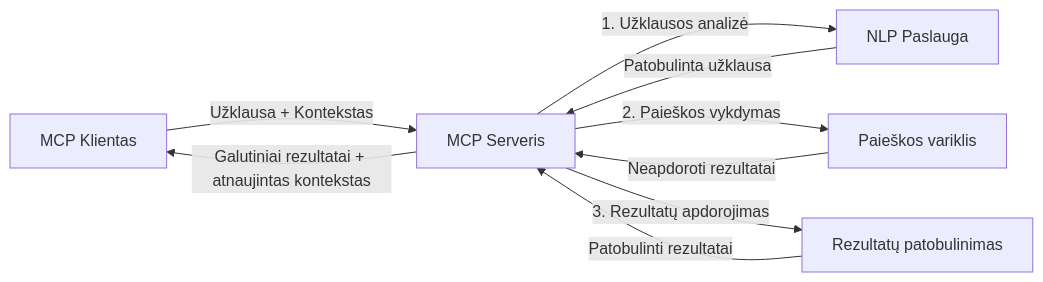
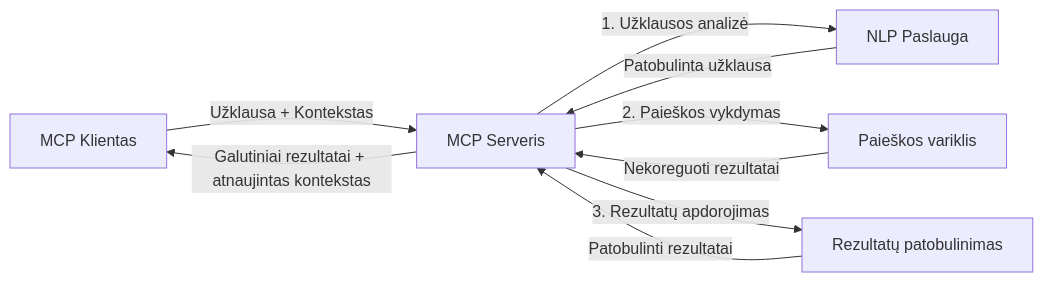
The fourth of 4 diagrams in translations/lt/05-AdvancedTopics/mcp-realtimesearch/README.md (microsoft/mcp-for-beginners), drawn with Mermaid before and after one commit. The commit also changed other lines of this file and 132 other files, not shown here.

````diff
--- a/translations/lt/05-AdvancedTopics/mcp-realtimesearch/README.md
+++ b/translations/lt/05-AdvancedTopics/mcp-realtimesearch/README.md
@@ -626,11 +628,11 @@
 ```mermaid
 graph LR
     Client[MCP Klientas] --> |Užklausa + Kontekstas| Server[MCP Serveris]
     Server --> |1. Užklausos analizė| NLP[NLP Paslauga]
     NLP --> |Patobulinta užklausa| Server
     Server --> |2. Paieškos vykdymas| Search[Paieškos variklis]
-    Search --> |Neapdoroti rezultatai| Server
+    Search --> |Nekoreguoti rezultatai| Server
     Server --> |3. Rezultatų apdorojimas| Enhancement[Rezultatų patobulinimas]
     Enhancement --> |Patobulinti rezultatai| Server
     Server --> |Galutiniai rezultatai + atnaujintas kontekstas| Client
 ```
````
